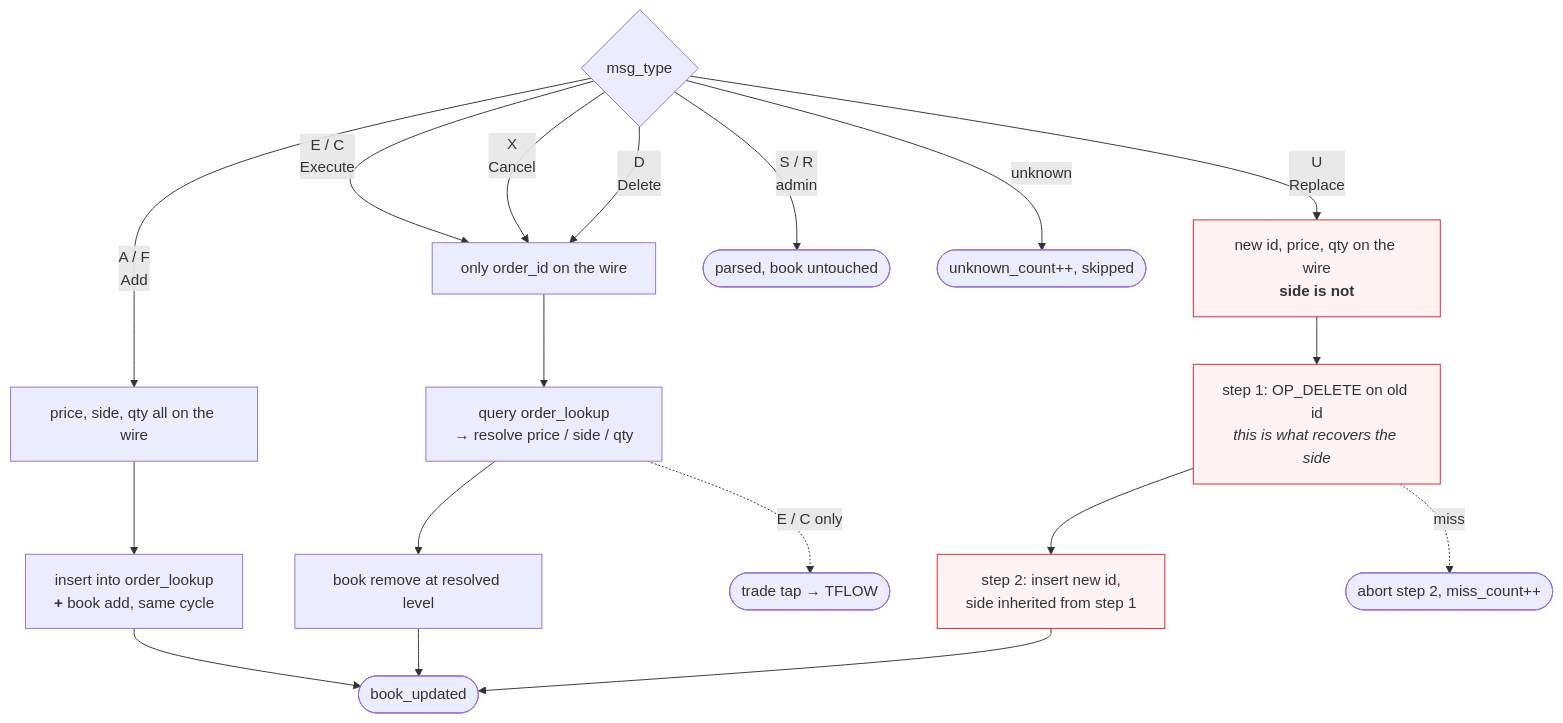
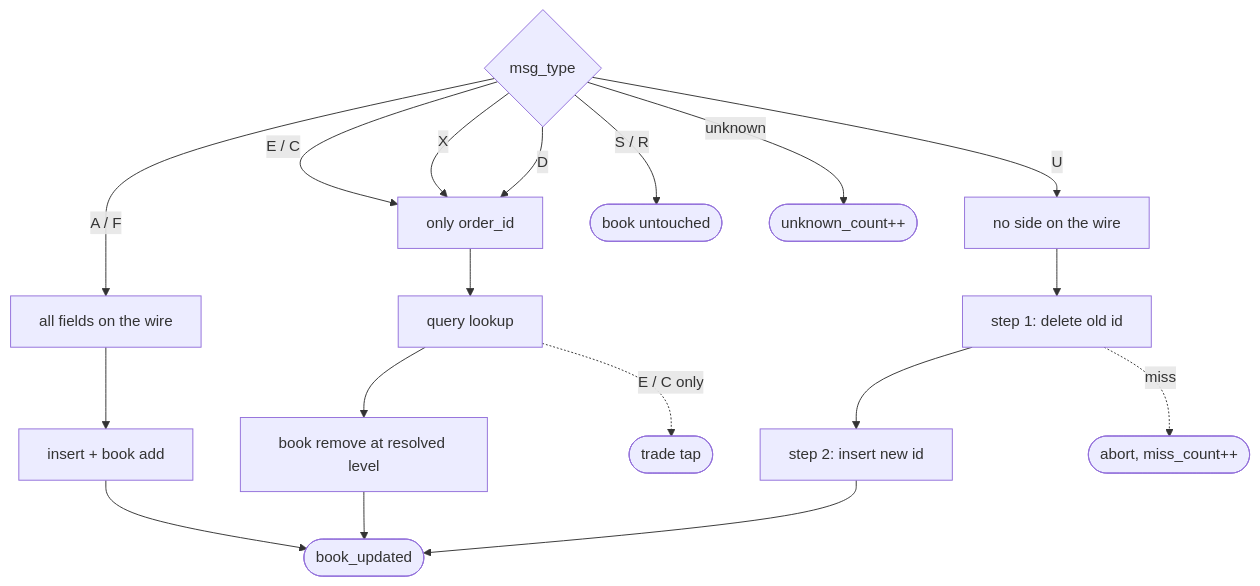
One commit to Rushmello369/fpga-feed-handler changed the third of 4 diagrams in docs/diagrams/system.md. Above: the diagram before and after it, drawn with Mermaid. The commit also changed other lines of this file and 12 other files, not shown here.

Commit message:
add diagrams for system and module architectures

````diff
--- a/docs/diagrams/system.md
+++ b/docs/diagrams/system.md
@@ -140,26 +114,23 @@
 ```mermaid
 flowchart TD
-    MSG{"msg_type"}
-    MSG -->|"A / F<br/>Add"| ADD["price, side, qty all on the wire"]
-    MSG -->|"E / C<br/>Execute"| QRY["only order_id on the wire"]
-    MSG -->|"X<br/>Cancel"| QRY
-    MSG -->|"D<br/>Delete"| QRY
-    MSG -->|"U<br/>Replace"| RPL["new id, price, qty on the wire<br/><b>side is not</b>"]
-    MSG -->|"S / R<br/>admin"| SKIP(["parsed, book untouched"])
-    MSG -->|unknown| CNT(["unknown_count++, skipped"])
+    MSG{msg_type}
+    MSG -->|A / F| ADD[all fields on the wire]
+    MSG -->|E / C| QRY[only order_id]
+    MSG -->|X| QRY
+    MSG -->|D| QRY
+    MSG -->|U| RPL[no side on the wire]
+    MSG -->|S / R| SKIP([book untouched])
+    MSG -->|unknown| CNT([unknown_count++])
 
-    ADD --> P1["insert into order_lookup<br/><b>+</b> book add, same cycle"]
-    QRY --> P2["query order_lookup<br/>→ resolve price / side / qty"]
-    P2 --> P3["book remove at resolved level"]
-    P2 -.->|"E / C only"| TT(["trade tap → TFLOW"])
-    RPL --> P4["step 1: OP_DELETE on old id<br/><i>this is what recovers the side</i>"]
-    P4 --> P5["step 2: insert new id,<br/>side inherited from step 1"]
-    P4 -.->|miss| ABORT(["abort step 2, miss_count++"])
+    ADD --> P1[insert + book add]
+    QRY --> P2[query lookup]
+    P2 --> P3[book remove at resolved level]
+    P2 -.->|E / C only| TT([trade tap])
+    RPL --> P4[step 1: delete old id]
+    P4 --> P5[step 2: insert new id]
+    P4 -.->|miss| ABORT([abort, miss_count++])
 
-    P1 --> BOOK(["book_updated"])
+    P1 --> BOOK([book_updated])
     P3 --> BOOK
     P5 --> BOOK
-
-    classDef warn fill:#fef2f2,stroke:#dc2626
-    class RPL,P4,P5 warn
 ```
````
